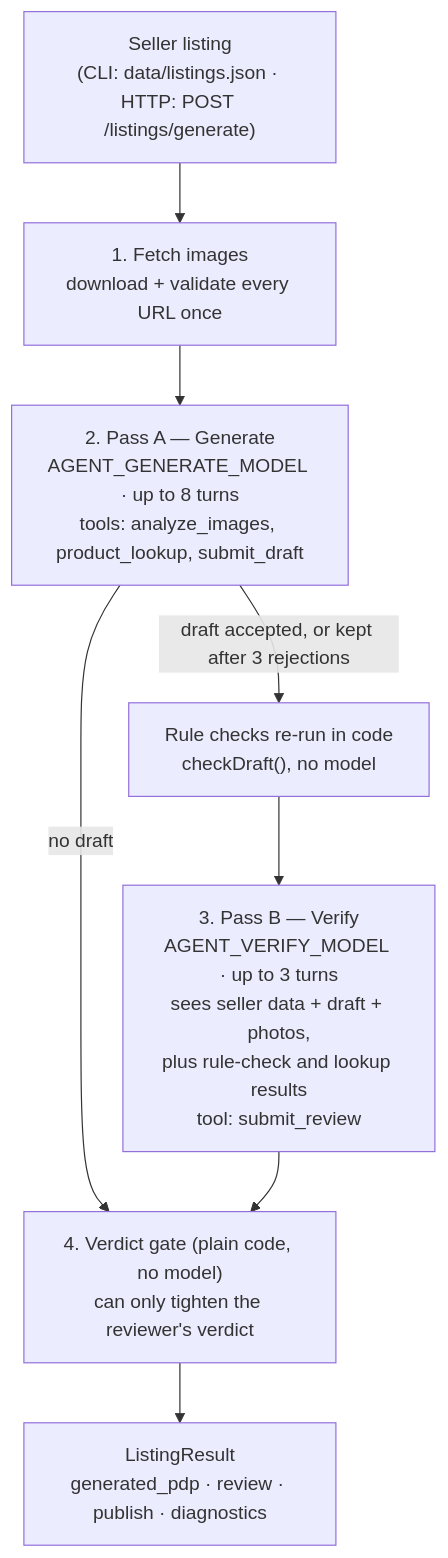
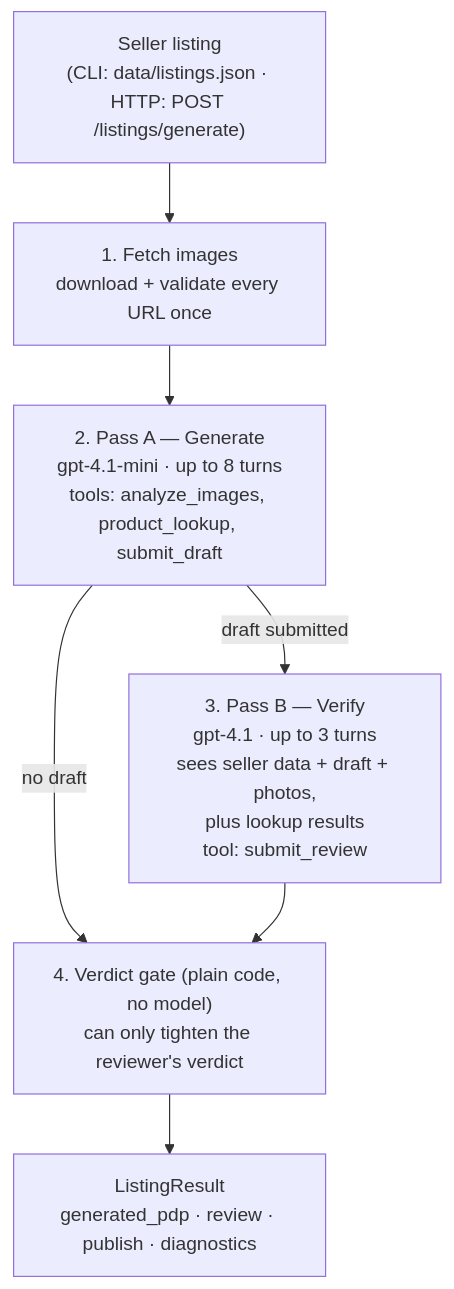
One commit to Alexoswin/ListingAgent changed the diagram in README.md. Above: the diagram before and after it, drawn with Mermaid. The commit also changed other lines of this file and 11 other files, not shown here.

Commit message:
updated Agent flow

````diff
--- a/README.md
+++ b/README.md
@@ -161,13 +160,12 @@
 ```mermaid
 flowchart TD
     IN["Seller listing<br/>(CLI: data/listings.json · HTTP: POST /listings/generate)"] --> FETCH
     FETCH["1. Fetch images<br/>download + validate every URL once"] --> A
-    A["2. Pass A — Generate<br/>AGENT_GENERATE_MODEL · up to 8 turns<br/>tools: analyze_images, product_lookup, submit_draft"]
-    A -->|draft accepted, or kept after 3 rejections| CHECK
+    A["2. Pass A — Generate<br/>gpt-4.1-mini · up to 8 turns<br/>tools: analyze_images, product_lookup, submit_draft"]
+    A -->|draft submitted| B
     A -->|no draft| GATE
-    CHECK["Rule checks re-run in code<br/>checkDraft(), no model"] --> B
-    B["3. Pass B — Verify<br/>AGENT_VERIFY_MODEL · up to 3 turns<br/>sees seller data + draft + photos,<br/>plus rule-check and lookup results<br/>tool: submit_review"]
+    B["3. Pass B — Verify<br/>gpt-4.1 · up to 3 turns<br/>sees seller data + draft + photos,<br/>plus lookup results<br/>tool: submit_review"]
     B --> GATE
     GATE["4. Verdict gate (plain code, no model)<br/>can only tighten the reviewer's verdict"]
     GATE --> OUT["ListingResult<br/>generated_pdp · review · publish · diagnostics"]
 ```
````
